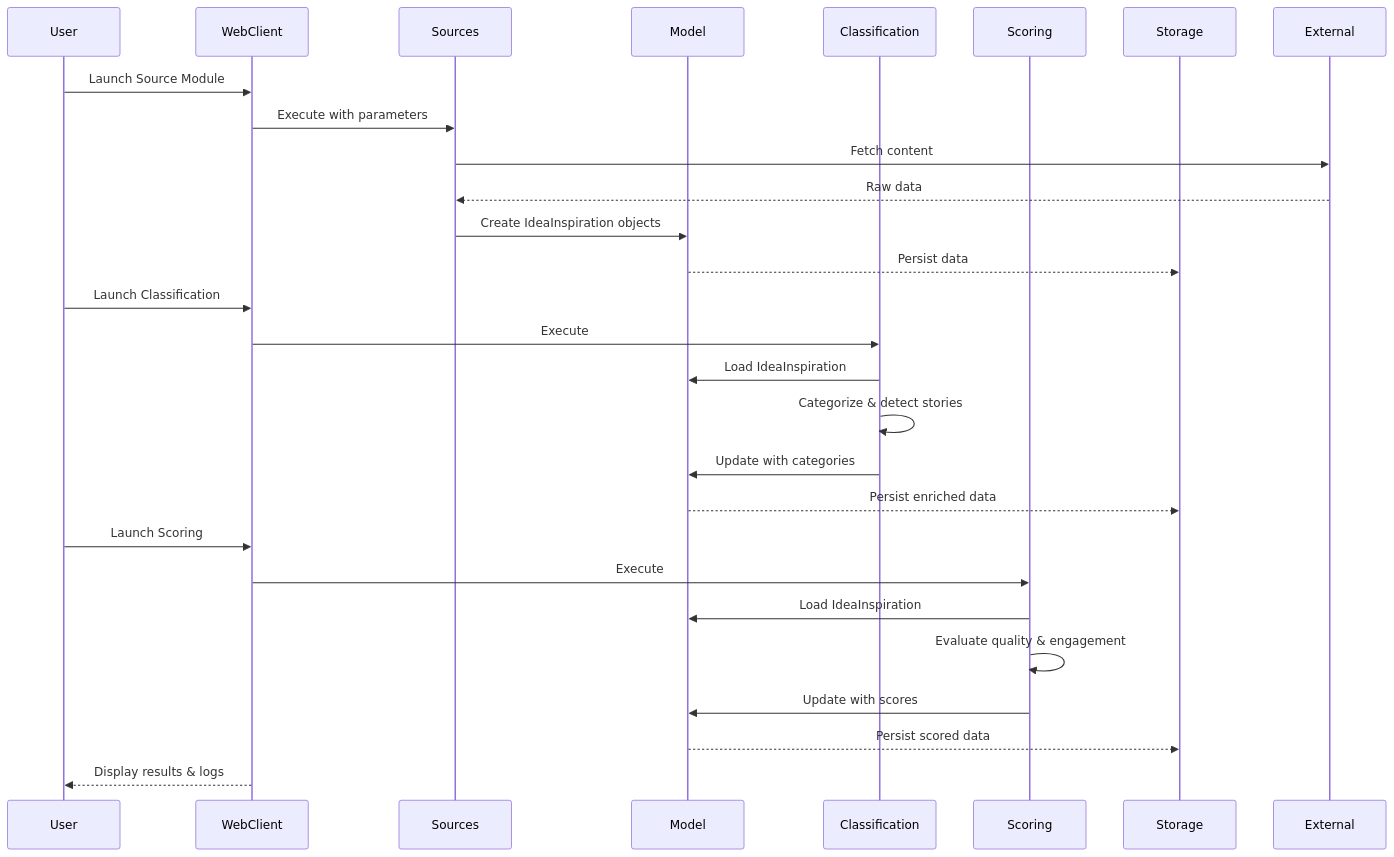
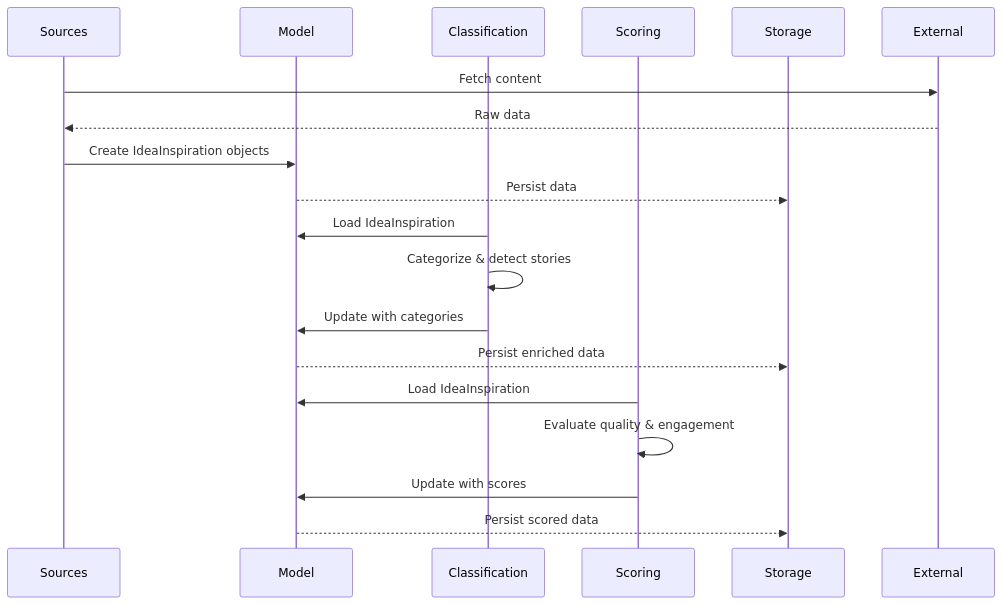
The third of 4 diagrams in IdeaInspiration/_meta/docs/ARCHITECTURE.md (Nomoos/PrismQ), drawn with Mermaid before and after one commit. The commit also changed other lines of this file and 400 other files, not shown here.

````diff
--- a/IdeaInspiration/_meta/docs/ARCHITECTURE.md
+++ b/IdeaInspiration/_meta/docs/ARCHITECTURE.md
@@ -242,33 +223,24 @@
 ```mermaid
 sequenceDiagram
-    participant User
-    participant WebClient
     participant Sources
     participant Model
     participant Classification
     participant Scoring
     participant Storage
+    participant External
     
-    User->>WebClient: Launch Source Module
-    WebClient->>Sources: Execute with parameters
     Sources->>External: Fetch content
     External-->>Sources: Raw data
     Sources->>Model: Create IdeaInspiration objects
     Model-->>Storage: Persist data
     
-    User->>WebClient: Launch Classification
-    WebClient->>Classification: Execute
     Classification->>Model: Load IdeaInspiration
     Classification->>Classification: Categorize & detect stories
     Classification->>Model: Update with categories
     Model-->>Storage: Persist enriched data
     
-    User->>WebClient: Launch Scoring
-    WebClient->>Scoring: Execute
     Scoring->>Model: Load IdeaInspiration
     Scoring->>Scoring: Evaluate quality & engagement
     Scoring->>Model: Update with scores
     Model-->>Storage: Persist scored data
-    
-    WebClient-->>User: Display results & logs
 ```
````
